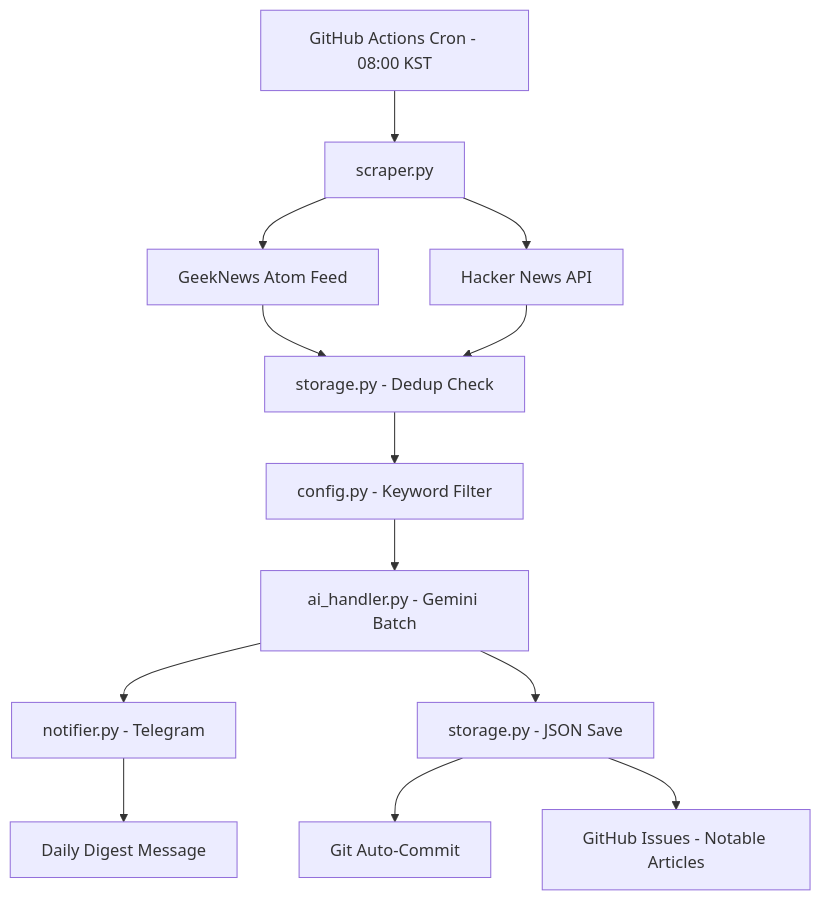
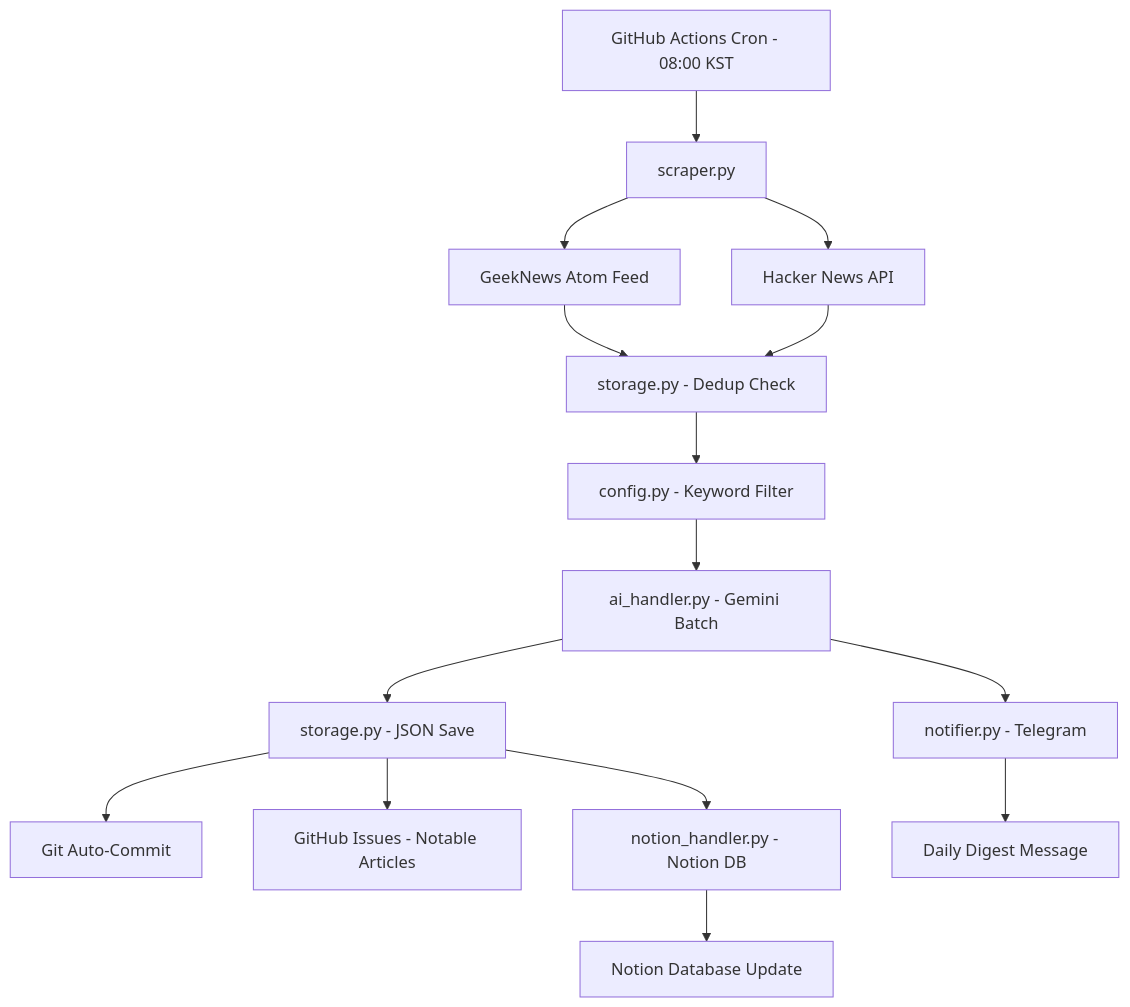
One commit to blackas/InsightFlow changed the diagram in README.md. Above: the diagram before and after it, drawn with Mermaid. The commit also changed other lines of this file, not shown here.

Commit message:
docs: update README with Notion integration guide and fix Gemini model name

````diff
--- a/README.md
+++ b/README.md
@@ -11,15 +11,17 @@
 ```mermaid
 graph TD
     A[GitHub Actions Cron - 08:00 KST] --> B[scraper.py]
     B --> B1[GeekNews Atom Feed]
     B --> B2[Hacker News API]
     B1 --> C[storage.py - Dedup Check]
     B2 --> C
     C --> D[config.py - Keyword Filter]
     D --> E[ai_handler.py - Gemini Batch]
     E --> F[notifier.py - Telegram]
     E --> G[storage.py - JSON Save]
     G --> H[Git Auto-Commit]
     G --> I[GitHub Issues - Notable Articles]
+    G --> K[notion_handler.py - Notion DB]
     F --> J[Daily Digest Message]
+    K --> L[Notion Database Update]
 ```
````
